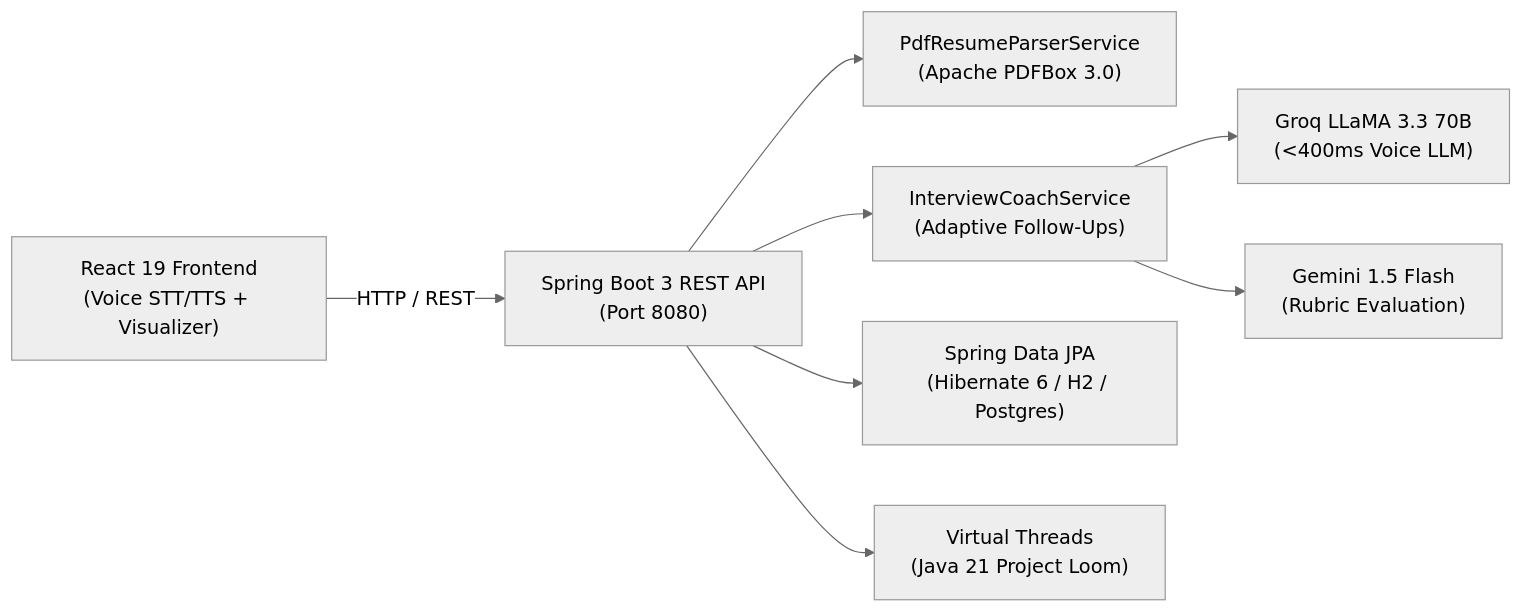
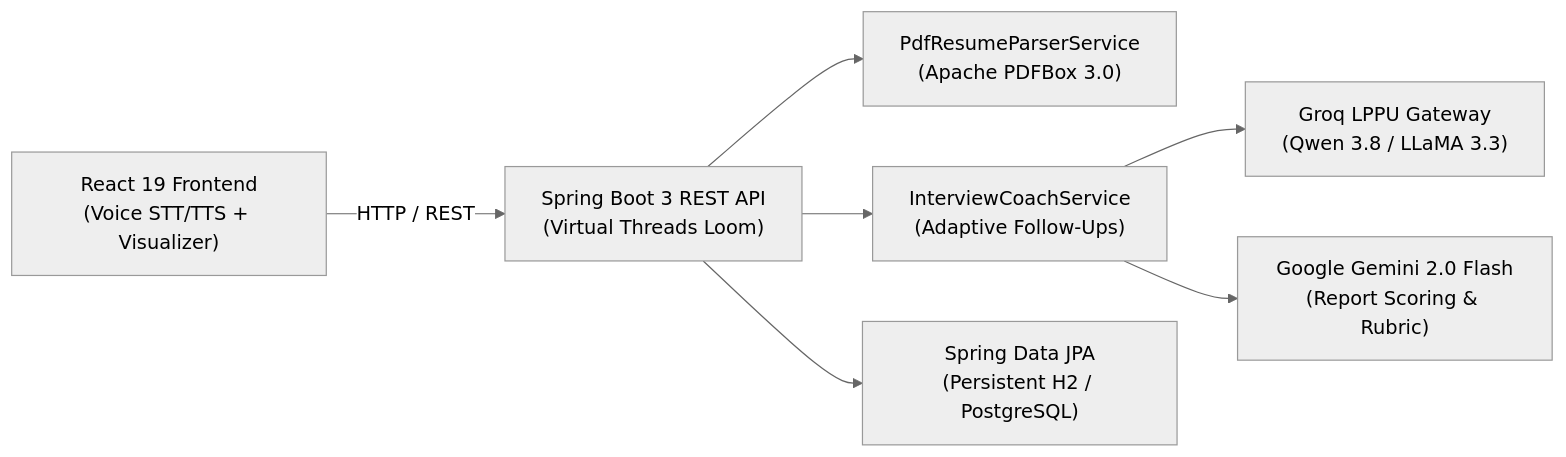
One commit to prajakta2905/MockMate-AI changed the diagram in README.md. Above: the diagram before and after it, drawn with Mermaid (neutral theme). The commit also changed other lines of this file and 8 other files, not shown here.

````diff
--- a/README.md
+++ b/README.md
@@ -36,11 +35,10 @@
 ```mermaid
 flowchart LR
     A["React 19 Frontend\n(Voice STT/TTS + Visualizer)"] 
-    -->|HTTP / REST| B["Spring Boot 3 REST API\n(Port 8080)"]
+    -->|HTTP / REST| B["Spring Boot 3 REST API\n(Virtual Threads Loom)"]
     B --> C["PdfResumeParserService\n(Apache PDFBox 3.0)"]
     B --> D["InterviewCoachService\n(Adaptive Follow-Ups)"]
-    B --> E["Spring Data JPA\n(Hibernate 6 / H2 / Postgres)"]
-    B --> H["Virtual Threads\n(Java 21 Project Loom)"]
-    D --> F["Groq LLaMA 3.3 70B\n(<400ms Voice LLM)"]
-    D --> G["Gemini 1.5 Flash\n(Rubric Evaluation)"]
+    B --> E["Spring Data JPA\n(Persistent H2 / PostgreSQL)"]
+    D --> F["Groq LPPU Gateway\n(Qwen 3.8 / LLaMA 3.3)"]
+    D --> G["Google Gemini 2.0 Flash\n(Report Scoring & Rubric)"]
 ```
````
